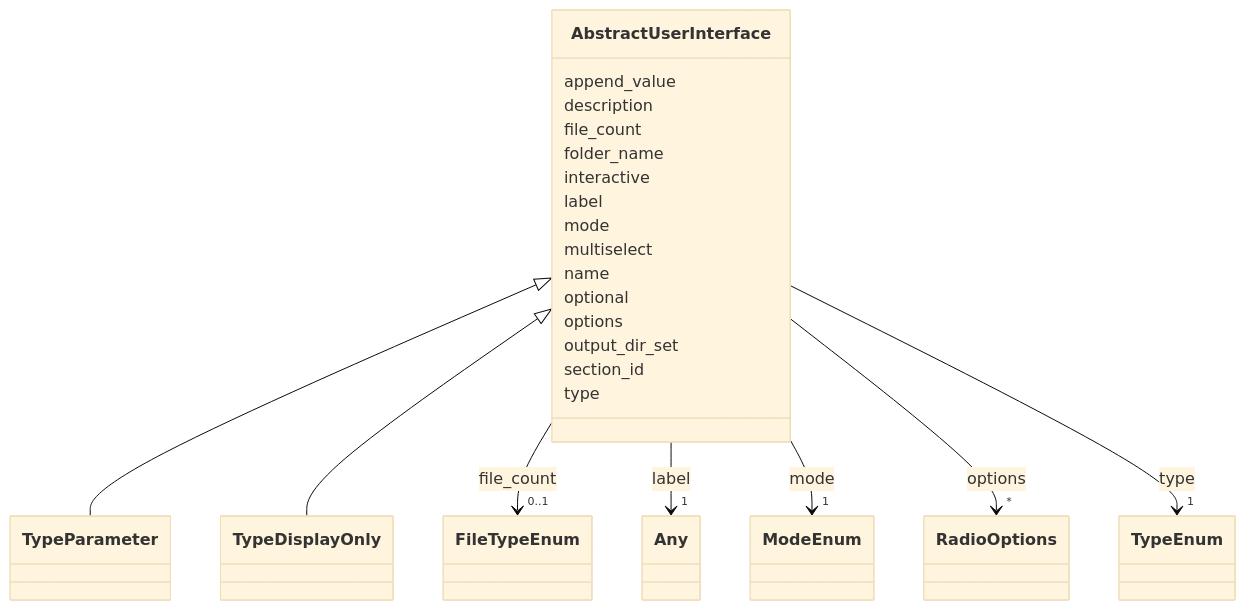
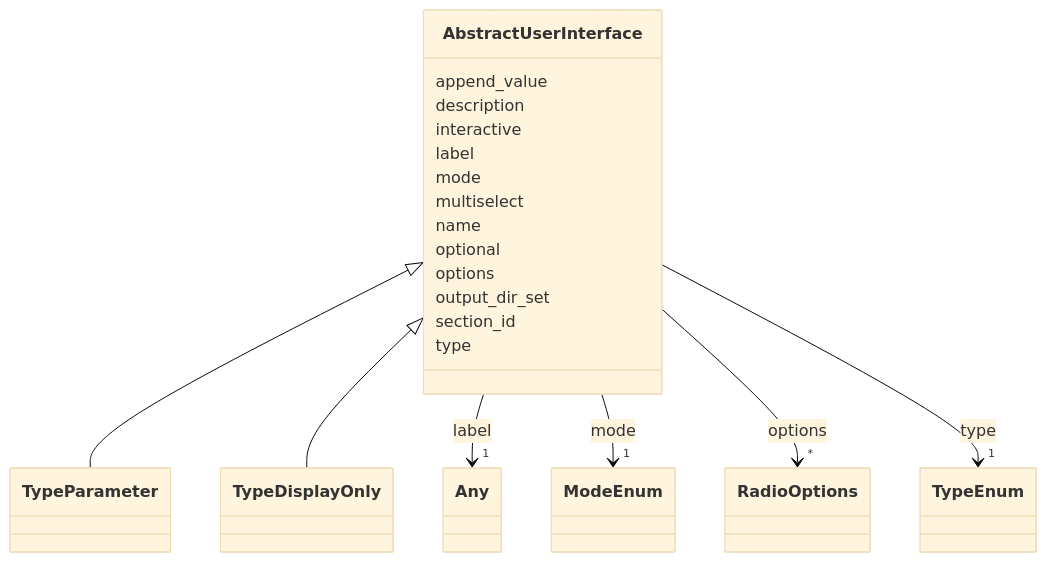
The diagram in docs/developer/AbstractUserInterface.md (bilayer-containers/bilayers), drawn with Mermaid (base theme) before and after one commit. The commit also changed other lines of this file and 94 other files, not shown here.

````diff
--- a/docs/developer/AbstractUserInterface.md
+++ b/docs/developer/AbstractUserInterface.md
@@ -21,74 +21,63 @@
 ```mermaid
  classDiagram
     class AbstractUserInterface
     click AbstractUserInterface href "../AbstractUserInterface"
       AbstractUserInterface <|-- TypeParameter
         click TypeParameter href "../TypeParameter"
       AbstractUserInterface <|-- TypeDisplayOnly
         click TypeDisplayOnly href "../TypeDisplayOnly"
       
       AbstractUserInterface : append_value
         
       AbstractUserInterface : description
-        
-      AbstractUserInterface : file_count
-        
-          
-    
-    
-    AbstractUserInterface --> "0..1" FileTypeEnum : file_count
-    click FileTypeEnum href "../FileTypeEnum"
-
-        
-      AbstractUserInterface : folder_name
         
       AbstractUserInterface : interactive
         
       AbstractUserInterface : label
         
           
     
     
     AbstractUserInterface --> "1" Any : label
     click Any href "../Any"
 
         
       AbstractUserInterface : mode
         
           
     
     
     AbstractUserInterface --> "1" ModeEnum : mode
     click ModeEnum href "../ModeEnum"
 
         
       AbstractUserInterface : multiselect
         
       AbstractUserInterface : name
         
       AbstractUserInterface : optional
         
       AbstractUserInterface : options
         
           
     
     
     AbstractUserInterface --> "*" RadioOptions : options
     click RadioOptions href "../RadioOptions"
 
         
       AbstractUserInterface : output_dir_set
         
       AbstractUserInterface : section_id
         
       AbstractUserInterface : type
         
           
     
     
     AbstractUserInterface --> "1" TypeEnum : type
     click TypeEnum href "../TypeEnum"
 
         
       
 ```
````
